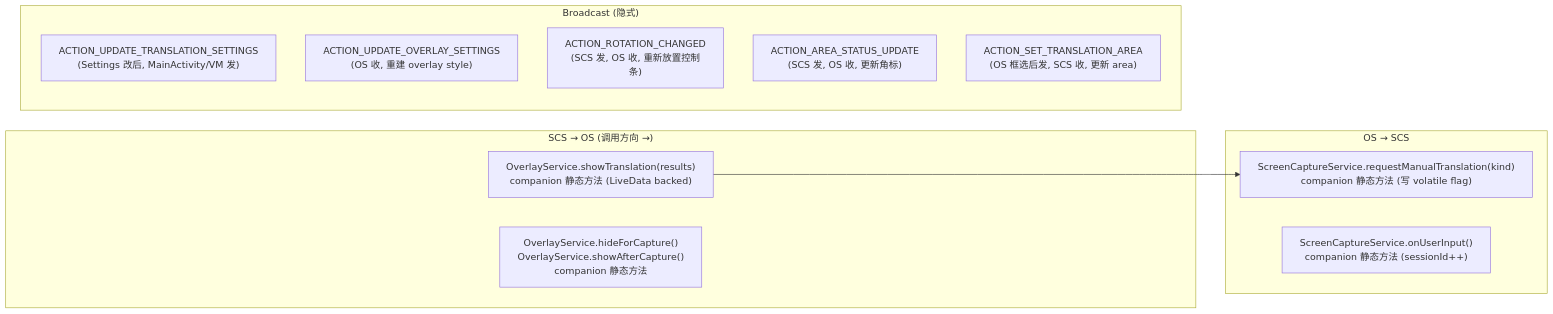
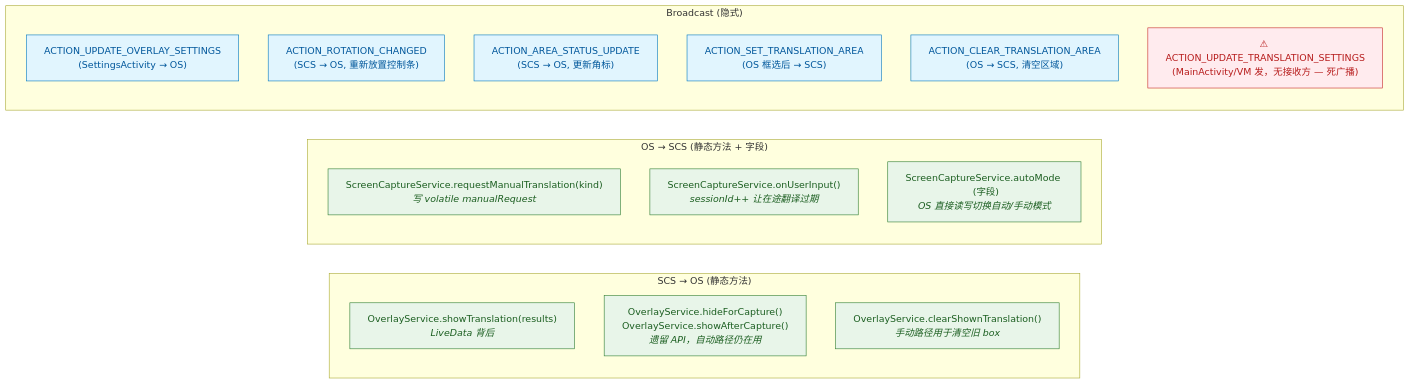
Before and after one commit to wilson15832/ocr_translator_ai: the sixth of 8 diagrams in ARCHITECTURE.md, drawn with Mermaid. The commit also changed other lines of this file, not shown here.

````diff
--- a/ARCHITECTURE.md
+++ b/ARCHITECTURE.md
@@ -275,22 +312,30 @@
 ```mermaid
 flowchart LR
-    subgraph A["SCS → OS (调用方向 →)"]
-      A1["OverlayService.showTranslation(results)<br/>companion 静态方法 (LiveData backed)"]
-      A2["OverlayService.hideForCapture()<br/>OverlayService.showAfterCapture()<br/>companion 静态方法"]
+    classDef ok    fill:#E8F5E9,stroke:#2E7D32,color:#1B5E20
+    classDef warn  fill:#FFEBEE,stroke:#C62828,color:#B71C1C
+    classDef bcast fill:#E1F5FE,stroke:#0277BD,color:#01579B
+
+    subgraph A["SCS → OS (静态方法)"]
+      direction TB
+      A1["OverlayService.showTranslation(results)<br/><i>LiveData 背后</i>"]:::ok
+      A2["OverlayService.hideForCapture()<br/>OverlayService.showAfterCapture()<br/><i>遗留 API，自动路径仍在用</i>"]:::ok
+      A3["OverlayService.clearShownTranslation()<br/><i>手动路径用于清空旧 box</i>"]:::ok
     end
 
-    subgraph B["OS → SCS"]
-      B1["ScreenCaptureService.requestManualTranslation(kind)<br/>companion 静态方法 (写 volatile flag)"]
-      B2["ScreenCaptureService.onUserInput()<br/>companion 静态方法 (sessionId++)"]
+    subgraph B["OS → SCS (静态方法 + 字段)"]
+      direction TB
+      B1["ScreenCaptureService.requestManualTranslation(kind)<br/><i>写 volatile manualRequest</i>"]:::ok
+      B2["ScreenCaptureService.onUserInput()<br/><i>sessionId++ 让在途翻译过期</i>"]:::ok
+      B3["ScreenCaptureService.autoMode  (字段)<br/><i>OS 直接读写切换自动/手动模式</i>"]:::ok
     end
 
     subgraph C["Broadcast (隐式)"]
-      C1["ACTION_UPDATE_TRANSLATION_SETTINGS<br/>(Settings 改后, MainActivity/VM 发)"]
-      C2["ACTION_UPDATE_OVERLAY_SETTINGS<br/>(OS 收, 重建 overlay style)"]
-      C3["ACTION_ROTATION_CHANGED<br/>(SCS 发, OS 收, 重新放置控制条)"]
-      C4["ACTION_AREA_STATUS_UPDATE<br/>(SCS 发, OS 收, 更新角标)"]
-      C5["ACTION_SET_TRANSLATION_AREA<br/>(OS 框选后发, SCS 收, 更新 area)"]
+      direction TB
+      C1["ACTION_UPDATE_OVERLAY_SETTINGS<br/>(SettingsActivity → OS)"]:::bcast
+      C2["ACTION_ROTATION_CHANGED<br/>(SCS → OS, 重新放置控制条)"]:::bcast
+      C3["ACTION_AREA_STATUS_UPDATE<br/>(SCS → OS, 更新角标)"]:::bcast
+      C4["ACTION_SET_TRANSLATION_AREA<br/>(OS 框选后 → SCS)"]:::bcast
+      C5["ACTION_CLEAR_TRANSLATION_AREA<br/>(OS → SCS, 清空区域)"]:::bcast
+      C6["⚠ ACTION_UPDATE_TRANSLATION_SETTINGS<br/>(MainActivity/VM 发，无接收方 — 死广播)"]:::warn
     end
-
-    A1 --> B1
 ```
````
